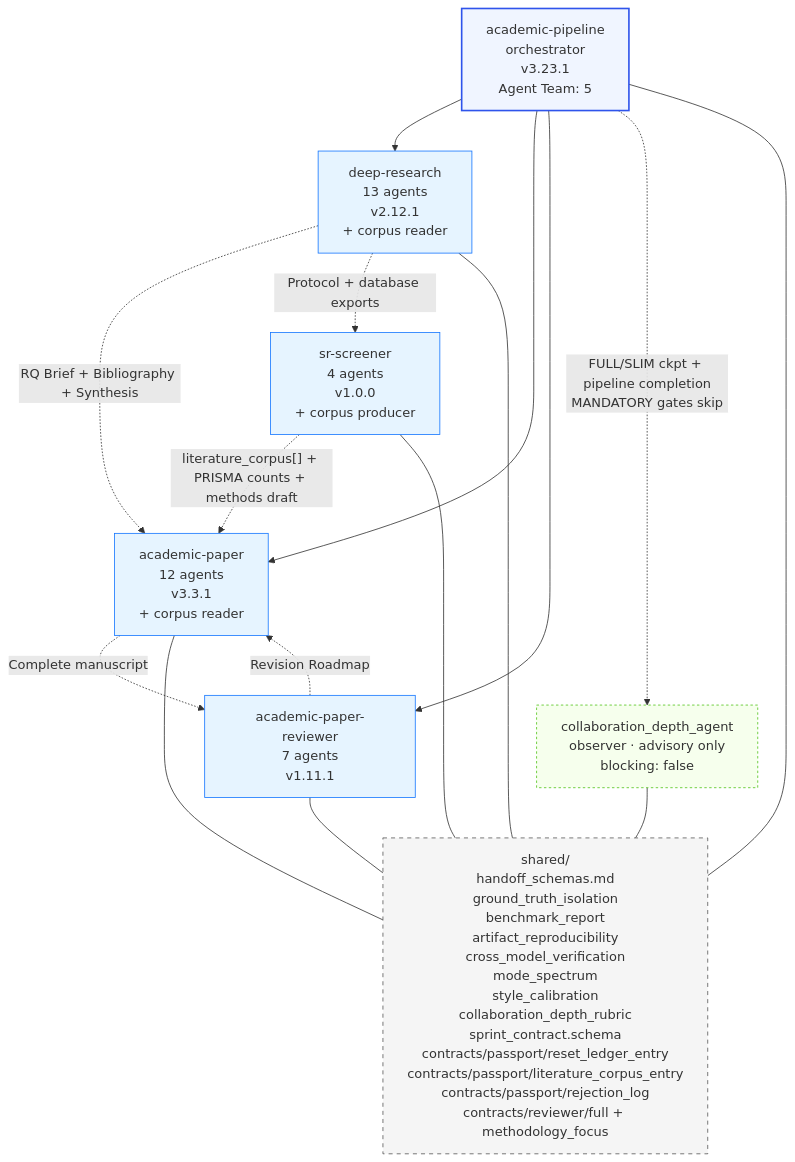
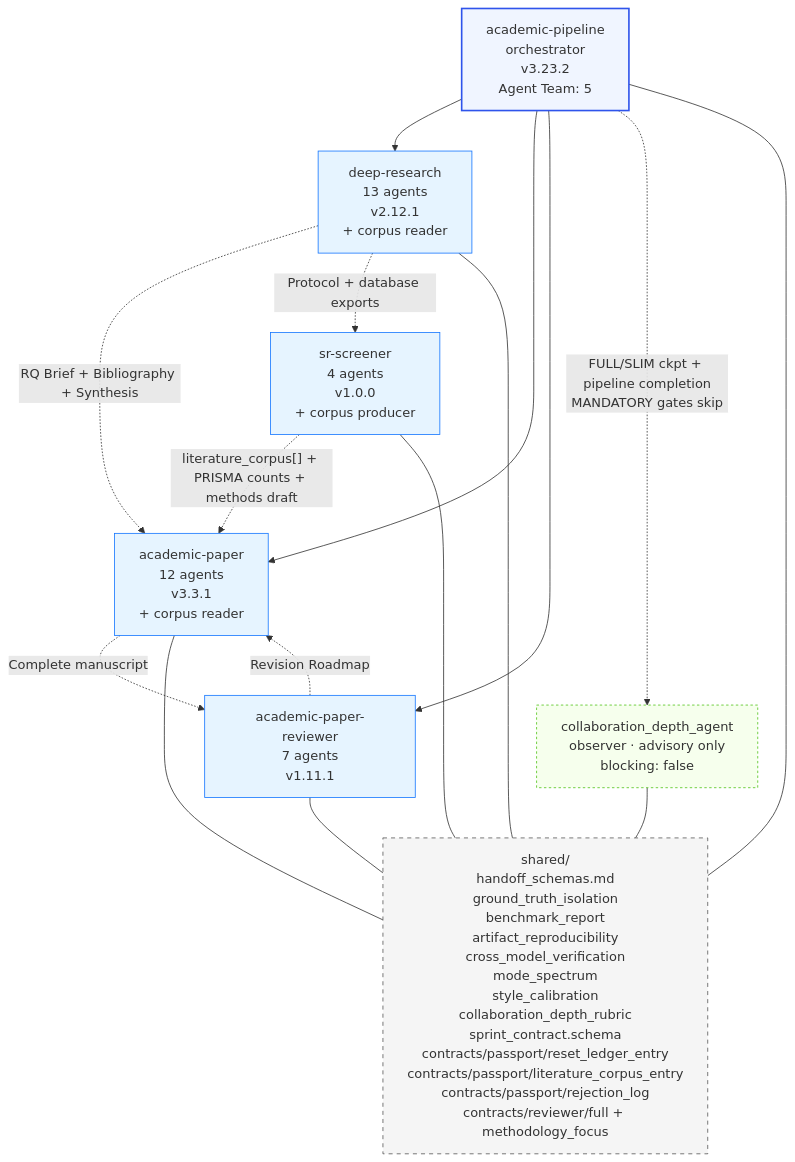
One commit to viseshrp/ai-skills-archive changed the fourth of 5 diagrams in archives/Imbad0202__academic-research-skills/snapshot/docs/ARCHITECTURE.md. Above: the diagram before and after it, drawn with Mermaid. The commit also changed other lines of this file and 291 other files, not shown here.

````diff
--- a/archives/Imbad0202__academic-research-skills/snapshot/docs/ARCHITECTURE.md
+++ b/archives/Imbad0202__academic-research-skills/snapshot/docs/ARCHITECTURE.md
@@ -220,35 +220,35 @@
 ```mermaid
 graph TD
-    Pipeline[academic-pipeline<br/>orchestrator<br/>v3.23.1<br/>Agent Team: 5]
+    Pipeline[academic-pipeline<br/>orchestrator<br/>v3.23.2<br/>Agent Team: 5]
     Observer[collaboration_depth_agent<br/>observer · advisory only<br/>blocking: false]
     DR[deep-research<br/>13 agents<br/>v2.12.1<br/>+ corpus reader]
     AP[academic-paper<br/>12 agents<br/>v3.3.1<br/>+ corpus reader]
     APR[academic-paper-reviewer<br/>7 agents<br/>v1.11.1]
     SRS[sr-screener<br/>4 agents<br/>v1.0.0<br/>+ corpus producer]
     Shared[shared/<br/>handoff_schemas.md<br/>ground_truth_isolation<br/>benchmark_report<br/>artifact_reproducibility<br/>cross_model_verification<br/>mode_spectrum<br/>style_calibration<br/>collaboration_depth_rubric<br/>sprint_contract.schema<br/>contracts/passport/reset_ledger_entry<br/>contracts/passport/literature_corpus_entry<br/>contracts/passport/rejection_log<br/>contracts/reviewer/full + methodology_focus]
 
     Pipeline --> DR
     Pipeline --> AP
     Pipeline --> APR
     Pipeline -. "FULL/SLIM ckpt + pipeline completion<br/>MANDATORY gates skip" .-> Observer
     DR -. "RQ Brief + Bibliography + Synthesis" .-> AP
     AP -. "Complete manuscript" .-> APR
     APR -. "Revision Roadmap" .-> AP
     DR -. "Protocol + database exports" .-> SRS
     SRS -. "literature_corpus[] + PRISMA counts + methods draft" .-> AP
     DR --- Shared
     AP --- Shared
     APR --- Shared
     Pipeline --- Shared
     Observer --- Shared
     SRS --- Shared
 
     classDef orch fill:#f0f5ff,stroke:#2f54eb,stroke-width:2px
     classDef skill fill:#e6f4ff,stroke:#1677ff
     classDef shared fill:#f5f5f5,stroke:#595959,stroke-dasharray:5 5
     classDef observer fill:#f6ffed,stroke:#52c41a,stroke-dasharray:3 3
     class Pipeline orch
     class DR,AP,APR,SRS skill
     class Shared shared
     class Observer observer
 ```
````
